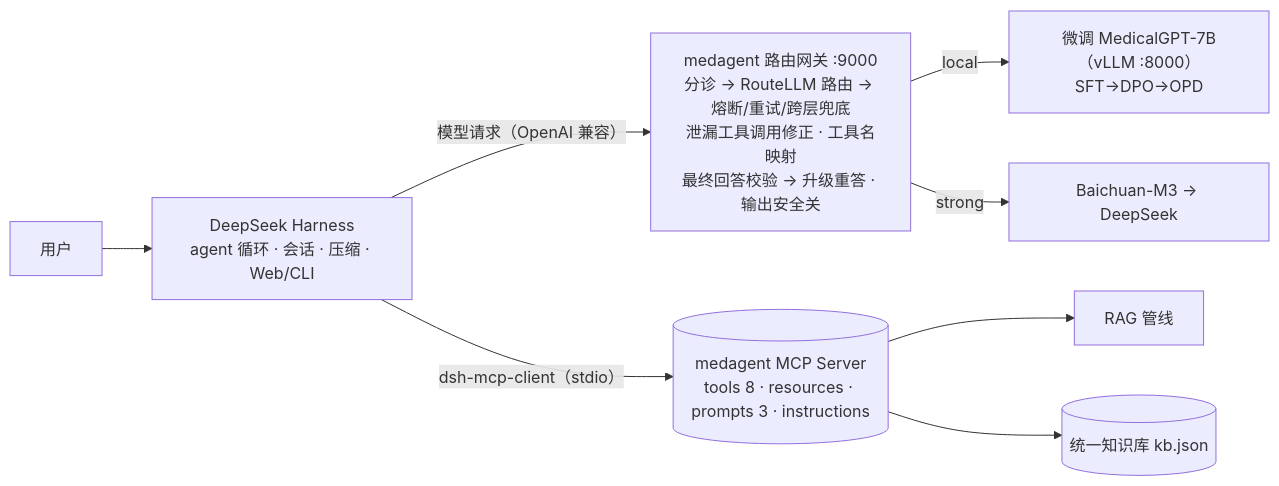
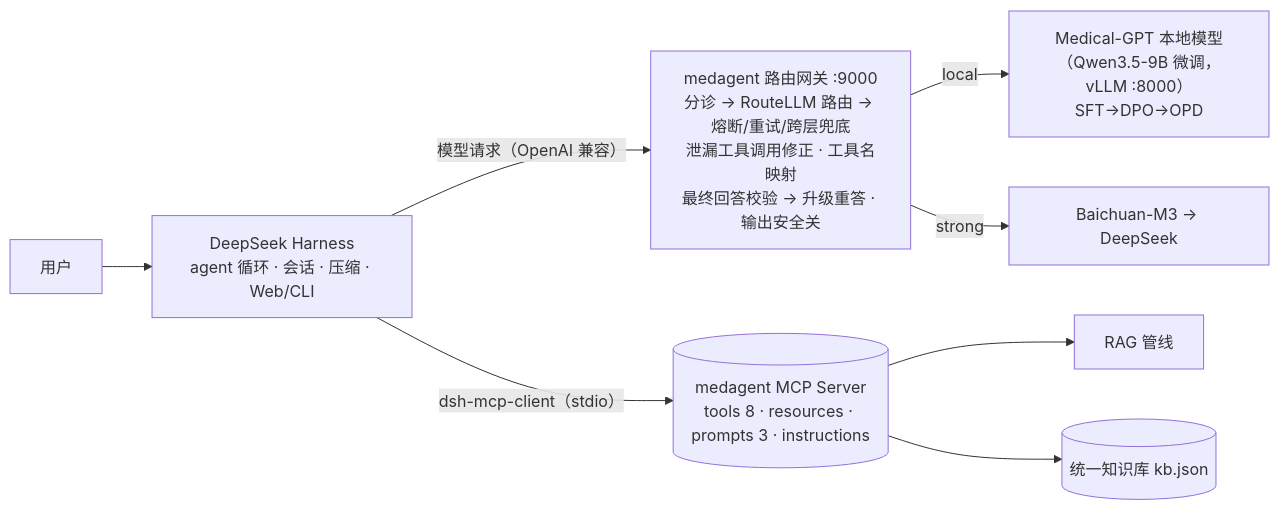
Before and after one commit to Gaogxx/MedicalGPT_agent: the diagram in docs/architecture_v2.md, drawn with Mermaid. The commit also changed other lines of this file and 23 other files, not shown here.

First line of the commit message:
判别模型 Laya v3 默认接入；Medical-GPT 统一指本地模型；README 标题与迭代时间线精简

````diff
--- a/docs/architecture_v2.md
+++ b/docs/architecture_v2.md
@@ -7,10 +7,10 @@
 ```mermaid
 flowchart LR
     U[用户] --> DSH["DeepSeek Harness<br/>agent 循环 · 会话 · 压缩 · Web/CLI"]
     DSH -- "模型请求（OpenAI 兼容）" --> GW["medagent 路由网关 :9000<br/>分诊 → RouteLLM 路由 → 熔断/重试/跨层兜底<br/>泄漏工具调用修正 · 工具名映射<br/>最终回答校验 → 升级重答 · 输出安全关"]
-    GW -- local --> L["微调 MedicalGPT-7B（vLLM :8000）<br/>SFT→DPO→OPD"]
+    GW -- local --> L["Medical-GPT 本地模型（Qwen3.5-9B 微调，vLLM :8000）<br/>SFT→DPO→OPD"]
     GW -- strong --> S["Baichuan-M3 → DeepSeek"]
     DSH -- "dsh-mcp-client（stdio）" --> MCP[("medagent MCP Server<br/>tools 8 · resources · prompts 3 · instructions")]
     MCP --> RAG["RAG 管线"]
     MCP --> KB[("统一知识库 kb.json")]
 ```
````
